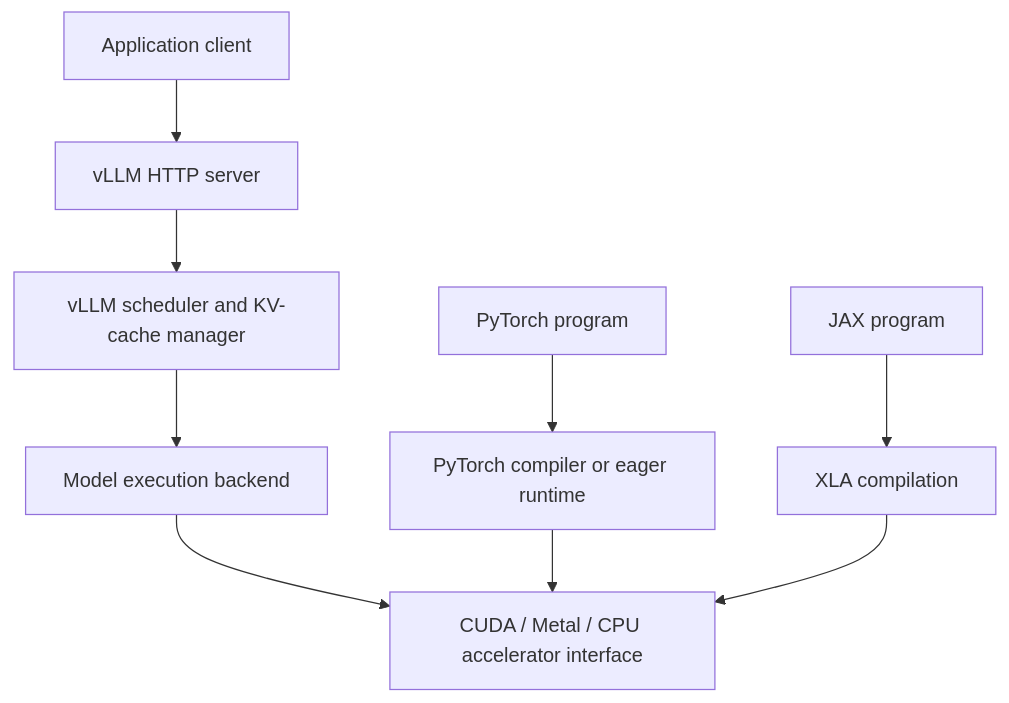
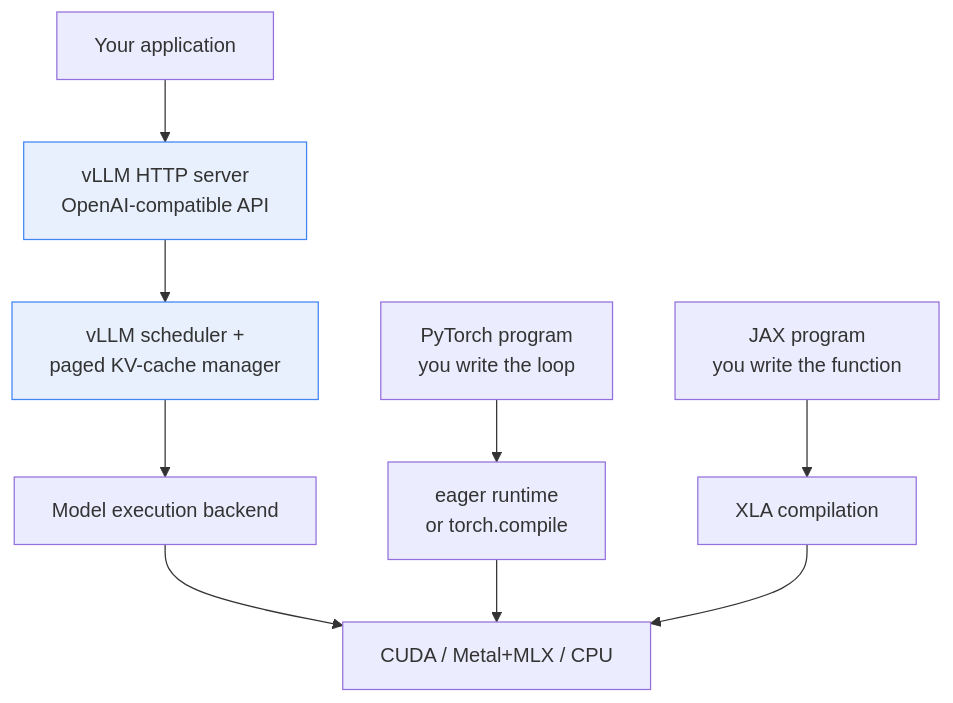
Before and after one commit to mrdavidlong/ml-training-inference-labs: the diagram in docs/04-pytorch-jax-vllm.md, drawn with Mermaid. The commit also changed other lines of this file and 13 other files, not shown here.

````diff
--- a/docs/04-pytorch-jax-vllm.md
+++ b/docs/04-pytorch-jax-vllm.md
@@ -17,13 +29,16 @@
 ```mermaid
 flowchart TD
-    A[Application client] --> B[vLLM HTTP server]
-    B --> C[vLLM scheduler and KV-cache manager]
-    C --> D[Model execution backend]
-    D --> E[CUDA / Metal / CPU accelerator interface]
+    A["Your application"] --> B["vLLM HTTP server<br/>OpenAI-compatible API"]
+    B --> C["vLLM scheduler +<br/>paged KV-cache manager"]
+    C --> D["Model execution backend"]
 
-    F[PyTorch program] --> G[PyTorch compiler or eager runtime]
-    G --> E
+    E["PyTorch program<br/>you write the loop"] --> F["eager runtime<br/>or torch.compile"]
+    G["JAX program<br/>you write the function"] --> H["XLA compilation"]
 
-    H[JAX program] --> I[XLA compilation]
-    I --> E
+    D --> I["CUDA / Metal+MLX / CPU"]
+    F --> I
+    H --> I
+
+    style B fill:#e8f0fe,stroke:#4285f4
+    style C fill:#e8f0fe,stroke:#4285f4
 ```
````
